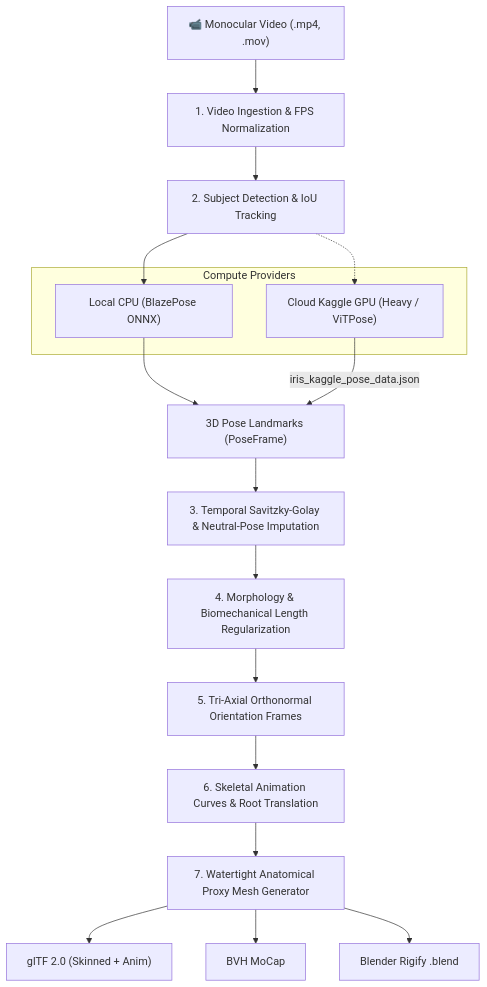
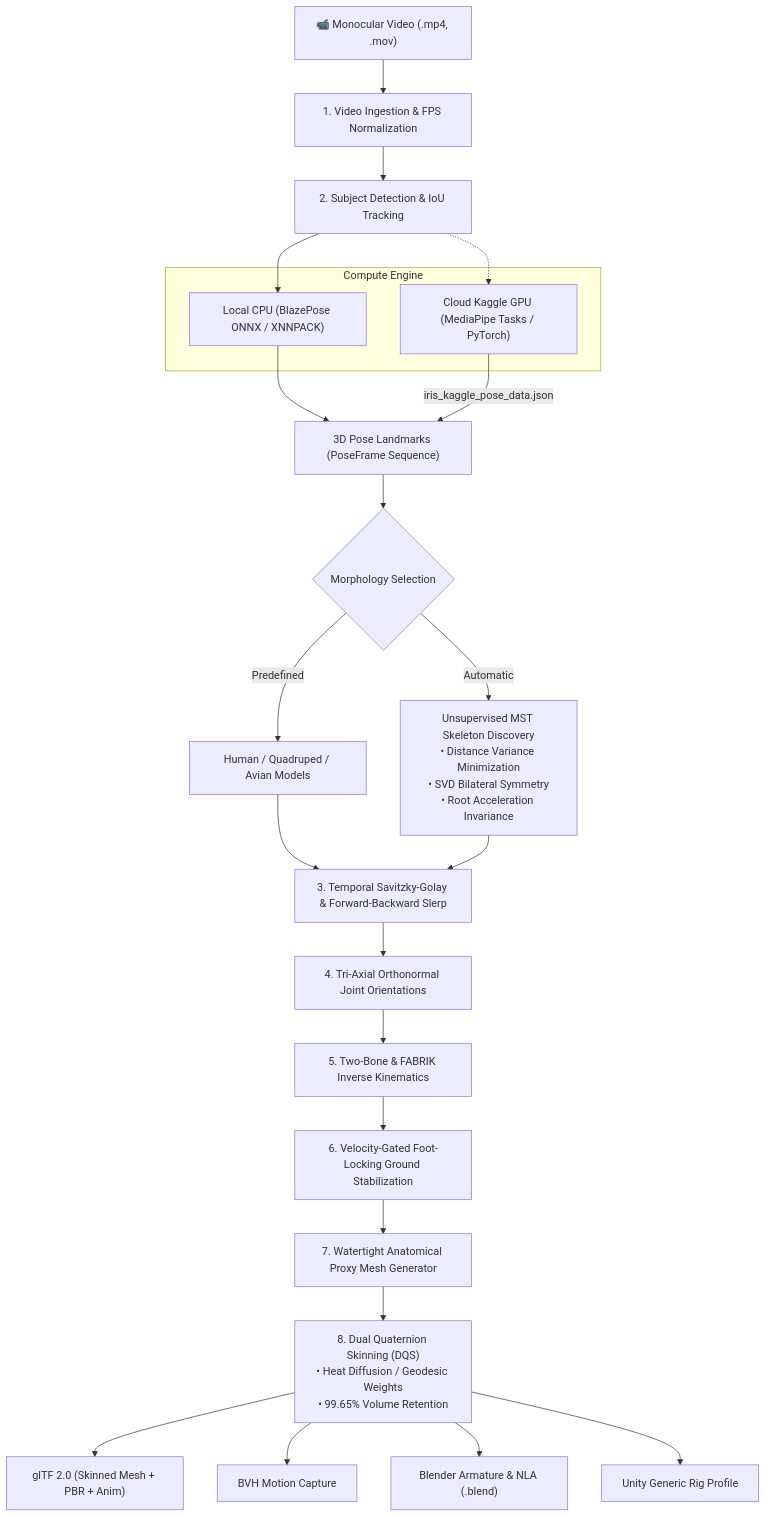
Before and after one commit to taezeem14/Leocherd-Iris-Energy: the diagram in README.md, drawn with Mermaid. The commit also changed other lines of this file, not shown here.

Commit message:
docs: comprehensive README with full end-to-end tutorial, architecture, and verification suite

````diff
--- a/README.md
+++ b/README.md
@@ -30,27 +69,35 @@
 ```mermaid
 flowchart TD
     Video["📹 Monocular Video (.mp4, .mov)"] --> Ingestion["1. Video Ingestion & FPS Normalization"]
     Ingestion --> Detection["2. Subject Detection & IoU Tracking"]
     
-    subgraph Compute ["Compute Providers"]
-        LocalCPU["Local CPU (BlazePose ONNX)"]
-        KaggleGPU["Cloud Kaggle GPU (Heavy / ViTPose)"]
+    subgraph ComputeProviders ["Compute Engine"]
+        LocalCPU["Local CPU (BlazePose ONNX / XNNPACK)"]
+        KaggleGPU["Cloud Kaggle GPU (MediaPipe Tasks / PyTorch)"]
     end
     
     Detection --> LocalCPU
     Detection -.-> KaggleGPU
     
-    LocalCPU --> Poses["3D Pose Landmarks (PoseFrame)"]
+    LocalCPU --> Poses["3D Pose Landmarks (PoseFrame Sequence)"]
     KaggleGPU -->|iris_kaggle_pose_data.json| Poses
     
-    Poses --> Smoothing["3. Temporal Savitzky-Golay & Neutral-Pose Imputation"]
-    Smoothing --> Skeleton["4. Morphology & Biomechanical Length Regularization"]
-    Skeleton --> Kinematics["5. Tri-Axial Orthonormal Orientation Frames"]
-    Kinematics --> Retargeting["6. Skeletal Animation Curves & Root Translation"]
+    Poses --> Discovery{"Morphology Selection"}
+    Discovery -->|Predefined| MorphKnown["Human / Quadruped / Avian Models"]
+    Discovery -->|Automatic| AutoDiscovery["Unsupervised MST Skeleton Discovery\n• Distance Variance Minimization\n• SVD Bilateral Symmetry\n• Root Acceleration Invariance"]
     
-    Retargeting --> MeshGen["7. Watertight Anatomical Proxy Mesh Generator"]
+    MorphKnown --> Smoothing["3. Temporal Savitzky-Golay & Forward-Backward Slerp"]
+    AutoDiscovery --> Smoothing
     
-    MeshGen --> ExportGLTF["glTF 2.0 (Skinned + Anim)"]
-    MeshGen --> ExportBVH["BVH MoCap"]
-    MeshGen --> ExportBlend["Blender Rigify .blend"]
+    Smoothing --> Kinematics["4. Tri-Axial Orthonormal Joint Orientations"]
+    Kinematics --> IK["5. Two-Bone & FABRIK Inverse Kinematics"]
+    IK --> FootLock["6. Velocity-Gated Foot-Locking Ground Stabilization"]
+    
+    FootLock --> MeshGen["7. Watertight Anatomical Proxy Mesh Generator"]
+    MeshGen --> Skinning["8. Dual Quaternion Skinning (DQS)\n• Heat Diffusion / Geodesic Weights\n• 99.65% Volume Retention"]
+    
+    Skinning --> ExportGLTF["glTF 2.0 (Skinned Mesh + PBR + Anim)"]
+    Skinning --> ExportBVH["BVH Motion Capture"]
+    Skinning --> ExportBlender["Blender Armature & NLA (.blend)"]
+    Skinning --> ExportUnity["Unity Generic Rig Profile"]
 ```
````
